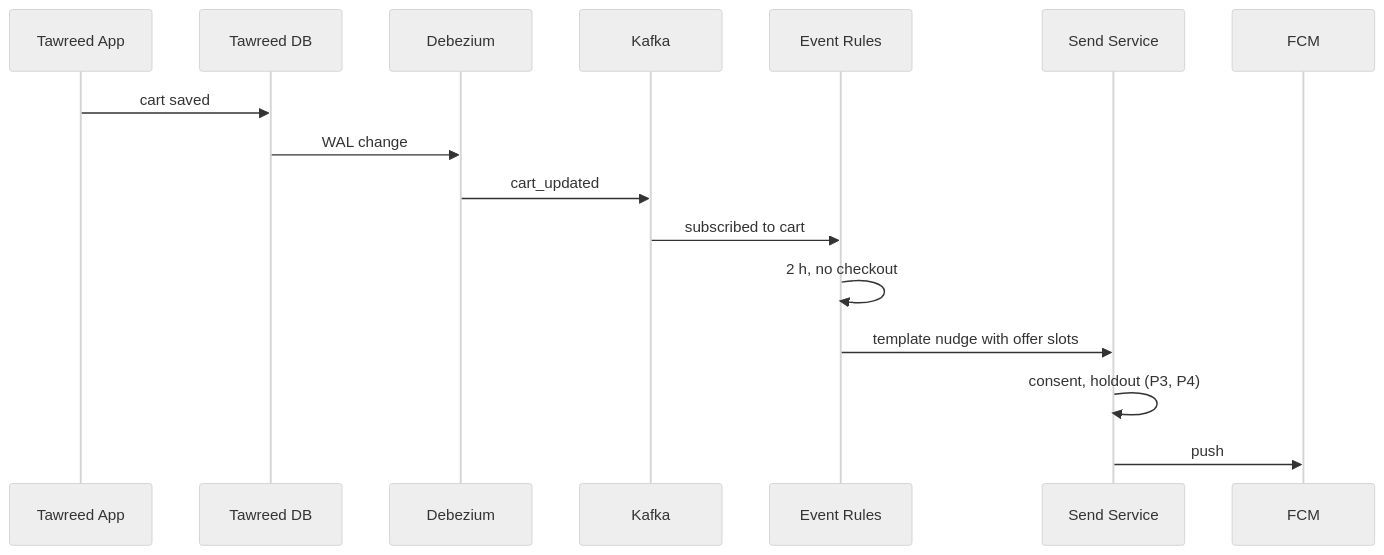
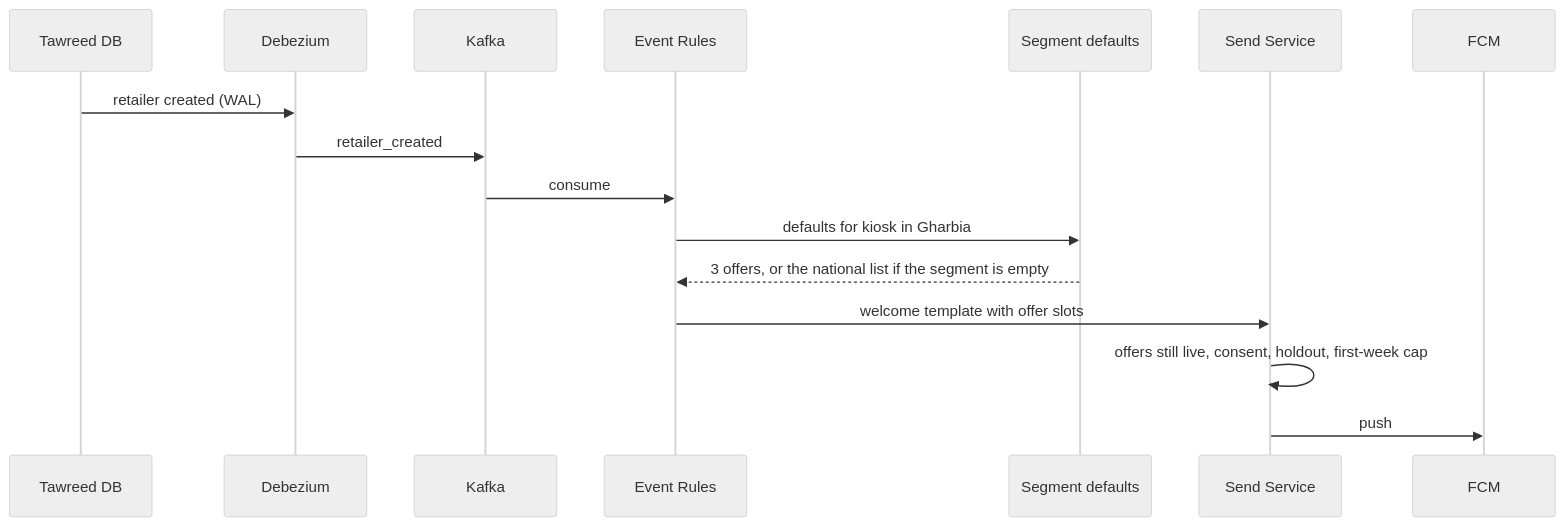
The second of 7 diagrams in docs/02-sdd.md (Isma3ilMohamed/ai-architecture-portfolio), drawn with Mermaid (neutral theme) before and after one commit. The commit also changed other lines of this file and 1 other file, not shown here.

````diff
--- a/docs/02-sdd.md
+++ b/docs/02-sdd.md
@@ -176,18 +137,18 @@
 ```mermaid
 sequenceDiagram
-  participant App as Tawreed App
   participant DB as Tawreed DB
   participant CDC as Debezium
   participant K as Kafka
   participant R as Event Rules
+  participant D as Segment defaults
   participant S as Send Service
   participant F as FCM
-  App->>DB: cart saved
-  DB->>CDC: WAL change
-  CDC->>K: cart_updated
-  K->>R: subscribed to cart
-  R->>R: 2 h, no checkout
-  R->>S: template nudge with offer slots
-  S->>S: consent, holdout (P3, P4)
+  DB->>CDC: retailer created (WAL)
+  CDC->>K: retailer_created
+  K->>R: consume
+  R->>D: defaults for kiosk in Gharbia
+  D-->>R: 3 offers, or the national list if the segment is empty
+  R->>S: welcome template with offer slots
+  S->>S: offers still live, consent, holdout, first-week cap
   S->>F: push
 ```
````
